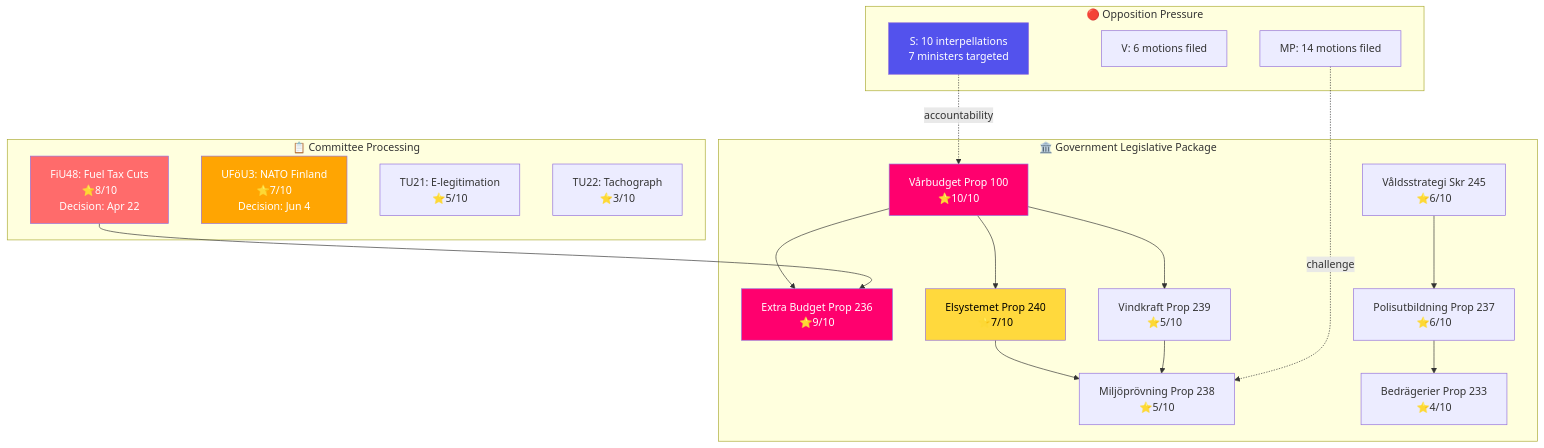
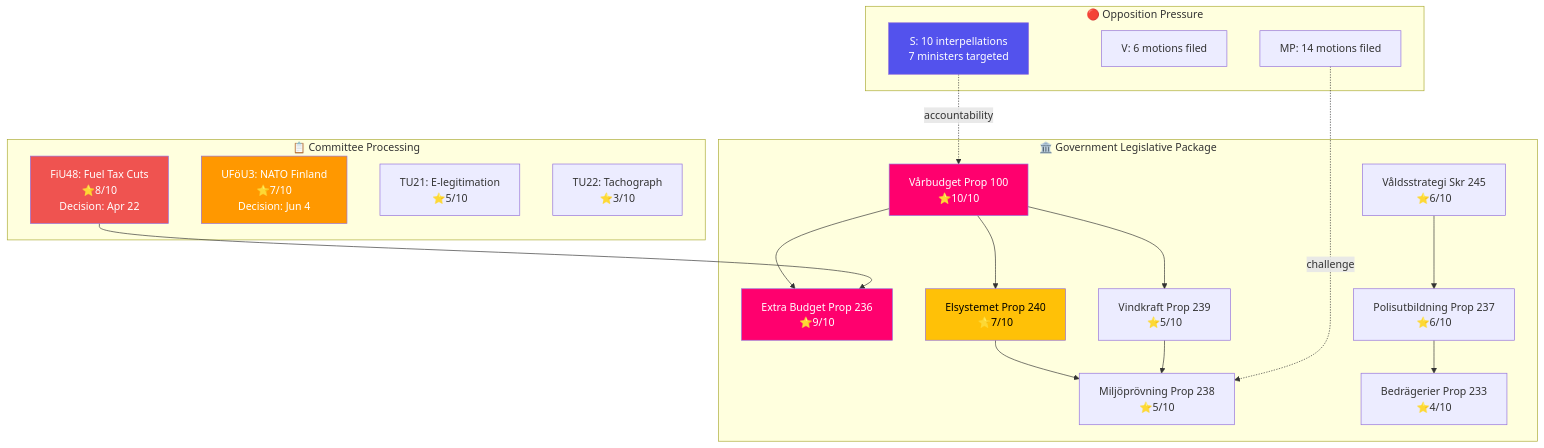
The diagram in analysis/daily/2026-04-14/evening-analysis/synthesis-summary.md (Hack23/riksdagsmonitor), drawn with Mermaid before and after one commit. The commit also changed 785 other files, not shown here.

First line of the commit message:
Normalize mermaid colors across 786 analysis artifacts to ISMS Style Guide palette

````diff
--- a/analysis/daily/2026-04-14/evening-analysis/synthesis-summary.md
+++ b/analysis/daily/2026-04-14/evening-analysis/synthesis-summary.md
@@ -43,32 +43,32 @@
 ```mermaid
 graph TD
     subgraph "🏛️ Government Legislative Package"
         VB["Vårbudget Prop 100<br/>⭐10/10"] --> EB["Extra Budget Prop 236<br/>⭐9/10"]
         VB --> EL["Elsystemet Prop 240<br/>⭐7/10"]
         VB --> WP["Vindkraft Prop 239<br/>⭐5/10"]
         EL --> ENV["Miljöprövning Prop 238<br/>⭐5/10"]
         WP --> ENV
         POL["Polisutbildning Prop 237<br/>⭐6/10"] --> FRD["Bedrägerier Prop 233<br/>⭐4/10"]
         VIO["Våldsstrategi Skr 245<br/>⭐6/10"] --> POL
     end
     subgraph "📋 Committee Processing"
         FIU["FiU48: Fuel Tax Cuts<br/>⭐8/10<br/>Decision: Apr 22"] --> EB
         NATO["UFöU3: NATO Finland<br/>⭐7/10<br/>Decision: Jun 4"]
         ELIG["TU21: E-legitimation<br/>⭐5/10"]
         TACH["TU22: Tachograph<br/>⭐3/10"]
     end
     subgraph "🔴 Opposition Pressure"
         SINT["S: 10 interpellations<br/>7 ministers targeted"]
         VMOT["V: 6 motions filed"]
         MPMOT["MP: 14 motions filed"]
     end
     SINT -.->|accountability| VB
     MPMOT -.->|challenge| ENV
 
-    style VB fill:#ff006e,color:#fff
-    style EB fill:#ff006e,color:#fff
-    style FIU fill:#ff6b6b,color:#fff
-    style NATO fill:#ffa502,color:#fff
-    style EL fill:#ffd93d,color:#000
-    style SINT fill:#5352ed,color:#fff
+    style VB fill:#ff006e,color:#FFFFFF
+    style EB fill:#ff006e,color:#FFFFFF
+    style FIU fill:#EF5350,color:#FFFFFF
+    style NATO fill:#FF9800,color:#FFFFFF
+    style EL fill:#FFC107,color:#000000
+    style SINT fill:#5352ed,color:#FFFFFF
 ```
````
